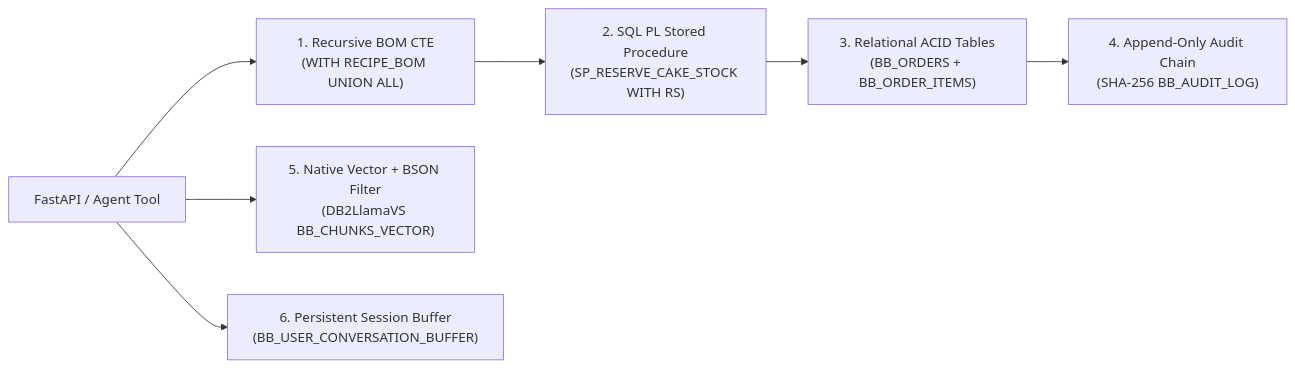
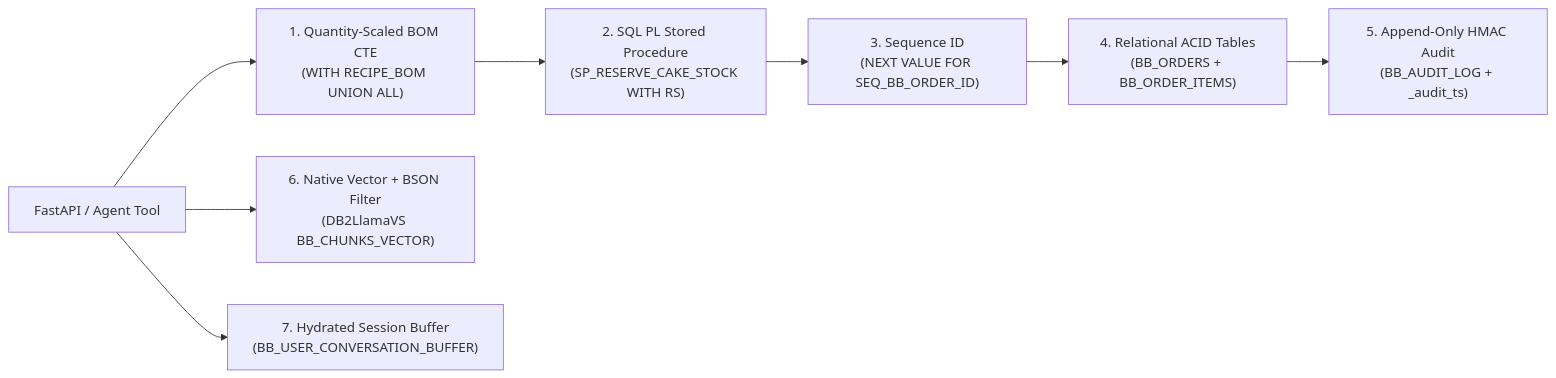
Before and after one commit to AYUSHDHANGAR/IBM_Db2_TechX_Project_Submission: the diagram in submissions/bakebox-choco-ai/README.md, drawn with Mermaid. The commit also changed other lines of this file, not shown here.

````diff
--- a/submissions/bakebox-choco-ai/README.md
+++ b/submissions/bakebox-choco-ai/README.md
@@ -98,9 +127,10 @@
 ```mermaid
 flowchart LR
-    API["FastAPI / Agent Tool"] --> BOM["1. Recursive BOM CTE\n(WITH RECIPE_BOM UNION ALL)"]
+    API["FastAPI / Agent Tool"] --> BOM["1. Quantity-Scaled BOM CTE\n(WITH RECIPE_BOM UNION ALL)"]
     BOM --> SP["2. SQL PL Stored Procedure\n(SP_RESERVE_CAKE_STOCK WITH RS)"]
-    SP --> ORD["3. Relational ACID Tables\n(BB_ORDERS + BB_ORDER_ITEMS)"]
-    ORD --> AUD["4. Append-Only Audit Chain\n(SHA-256 BB_AUDIT_LOG)"]
-    API --> VEC["5. Native Vector + BSON Filter\n(DB2LlamaVS BB_CHUNKS_VECTOR)"]
-    API --> BUF["6. Persistent Session Buffer\n(BB_USER_CONVERSATION_BUFFER)"]
+    SP --> SEQ["3. Sequence ID\n(NEXT VALUE FOR SEQ_BB_ORDER_ID)"]
+    SEQ --> ORD["4. Relational ACID Tables\n(BB_ORDERS + BB_ORDER_ITEMS)"]
+    ORD --> AUD["5. Append-Only HMAC Audit\n(BB_AUDIT_LOG + _audit_ts)"]
+    API --> VEC["6. Native Vector + BSON Filter\n(DB2LlamaVS BB_CHUNKS_VECTOR)"]
+    API --> BUF["7. Hydrated Session Buffer\n(BB_USER_CONVERSATION_BUFFER)"]
 ```
````
